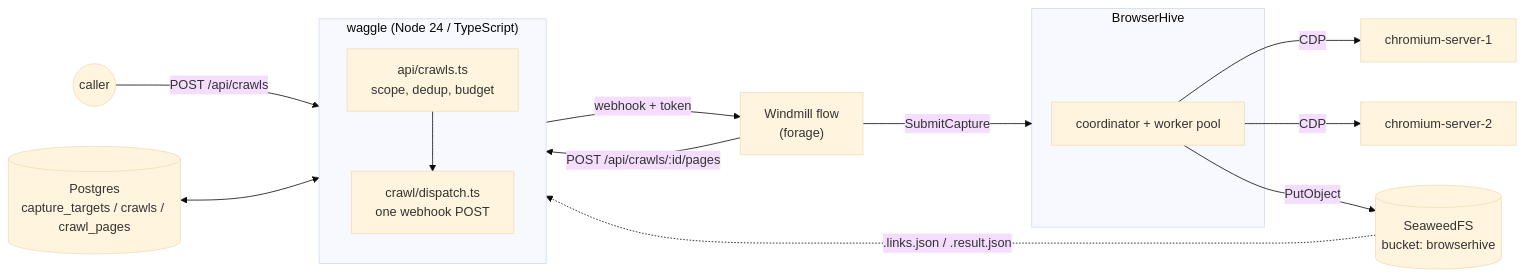
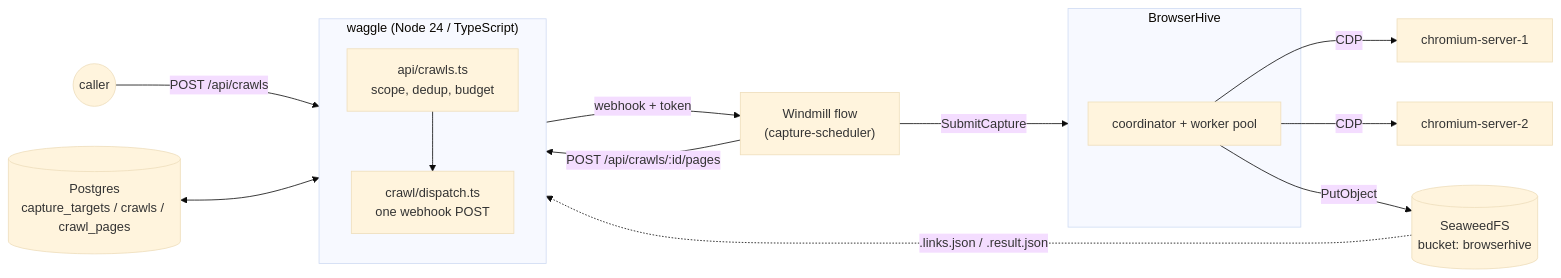
The first of 2 diagrams in docs-site/src/content/docs/architecture.mdx (uraitakahito/waggle), drawn with Mermaid (base theme) before and after one commit. The commit also changed 17 other files, not shown here.

First line of the commit message:
docs: スケジューラの名前に追随する（forage → capture-scheduler）

````diff
--- a/docs-site/src/content/docs/architecture.mdx
+++ b/docs-site/src/content/docs/architecture.mdx
@@ -8,21 +8,21 @@
 ```mermaid
 flowchart LR
   U((caller)) -->|"POST /api/crawls"| W
   PG[("Postgres<br/>capture_targets / crawls / crawl_pages")] <--> W
   subgraph W["waggle (Node 24 / TypeScript)"]
     direction TB
     API["api/crawls.ts<br/>scope, dedup, budget"]
     DIS["crawl/dispatch.ts<br/>one webhook POST"]
     API --> DIS
   end
-  DIS -->|"webhook + token"| WM["Windmill flow<br/>(forage)"]
+  DIS -->|"webhook + token"| WM["Windmill flow<br/>(capture-scheduler)"]
   WM -->|SubmitCapture| BH
   subgraph BH["BrowserHive"]
     COORD[coordinator + worker pool]
   end
   COORD -->|CDP| C1[chromium-server-1]
   COORD -->|CDP| C2[chromium-server-2]
   COORD -->|PutObject| S3[(SeaweedFS<br/>bucket: browserhive)]
   WM -->|"POST /api/crawls/:id/pages"| API
   S3 -.->|".links.json / .result.json"| API
 ```
````
